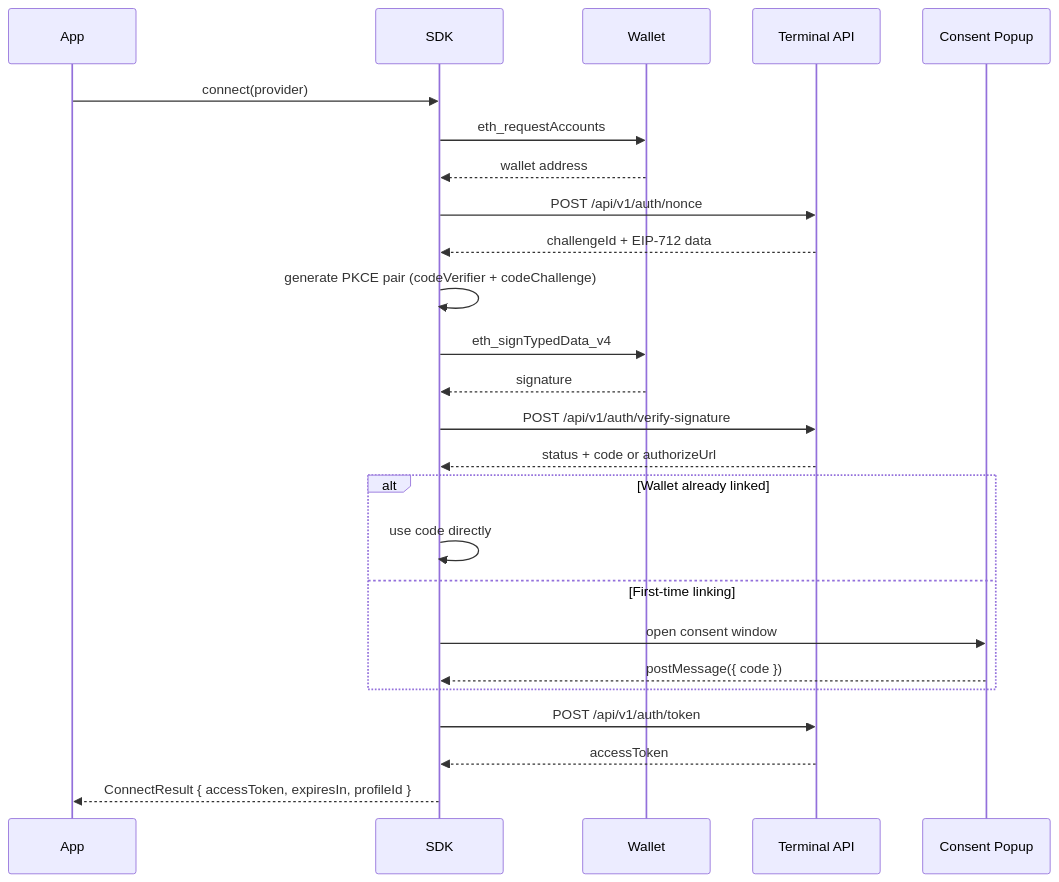
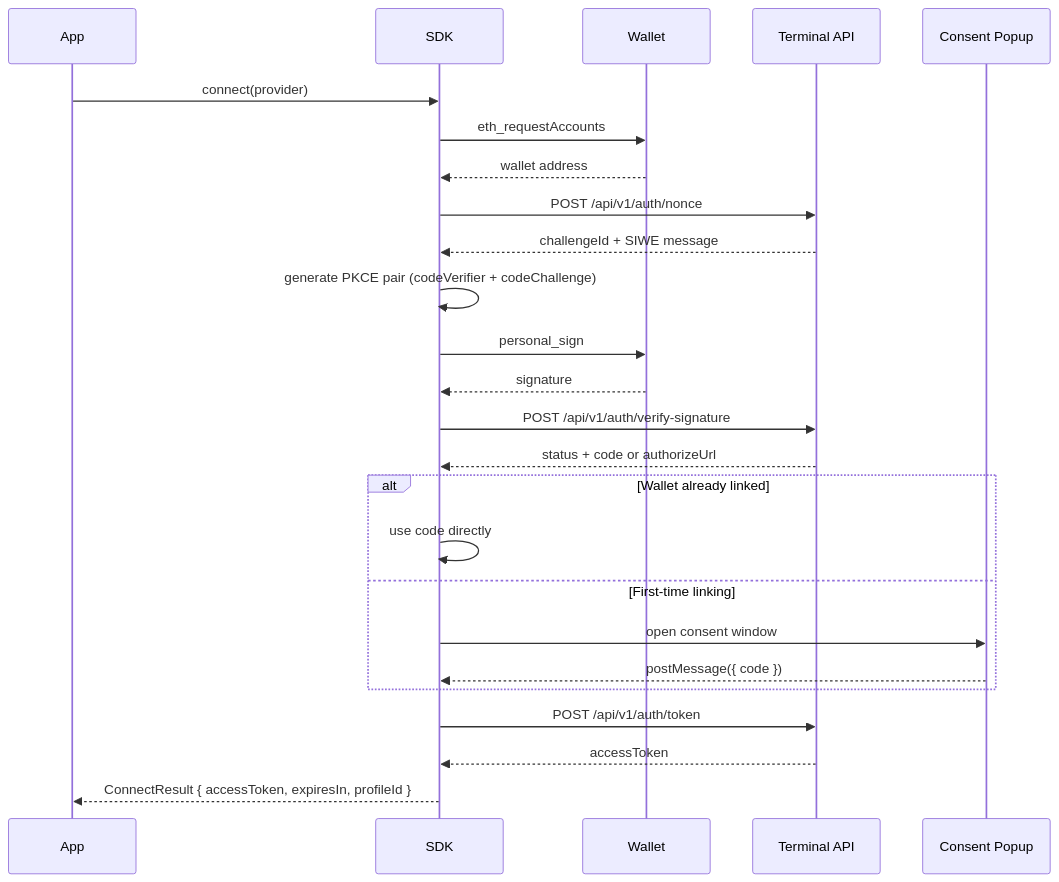
Before and after one commit to megaeth-labs/terminal-auth-sdk: the diagram in docs/guides/authentication-flow.md, drawn with Mermaid. The commit also changed other lines of this file and 5 other files, not shown here.

Commit message:
feat: eip712 -> siwe migration

````diff
--- a/docs/guides/authentication-flow.md
+++ b/docs/guides/authentication-flow.md
@@ -7,35 +7,35 @@
 ```mermaid
 sequenceDiagram
     participant App
     participant SDK
     participant Wallet
     participant API as Terminal API
     participant Popup as Consent Popup
 
     App->>SDK: connect(provider)
     SDK->>Wallet: eth_requestAccounts
     Wallet-->>SDK: wallet address
 
     SDK->>API: POST /api/v1/auth/nonce
-    API-->>SDK: challengeId + EIP-712 data
+    API-->>SDK: challengeId + SIWE message
 
     SDK->>SDK: generate PKCE pair (codeVerifier + codeChallenge)
 
-    SDK->>Wallet: eth_signTypedData_v4
+    SDK->>Wallet: personal_sign
     Wallet-->>SDK: signature
 
     SDK->>API: POST /api/v1/auth/verify-signature
     API-->>SDK: status + code or authorizeUrl
 
     alt Wallet already linked
         SDK->>SDK: use code directly
     else First-time linking
         SDK->>Popup: open consent window
         Popup-->>SDK: postMessage({ code })
     end
 
     SDK->>API: POST /api/v1/auth/token
     API-->>SDK: accessToken
 
     SDK-->>App: ConnectResult { accessToken, expiresIn, profileId }
 ```
````
